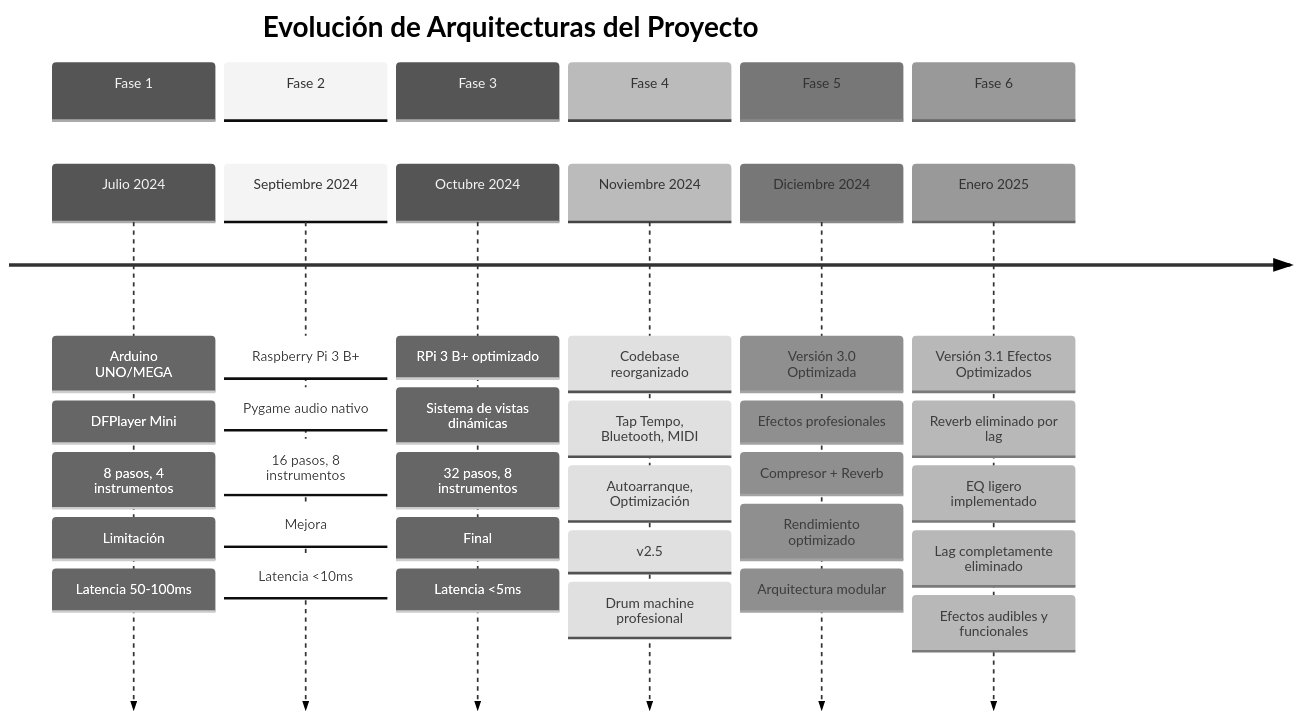
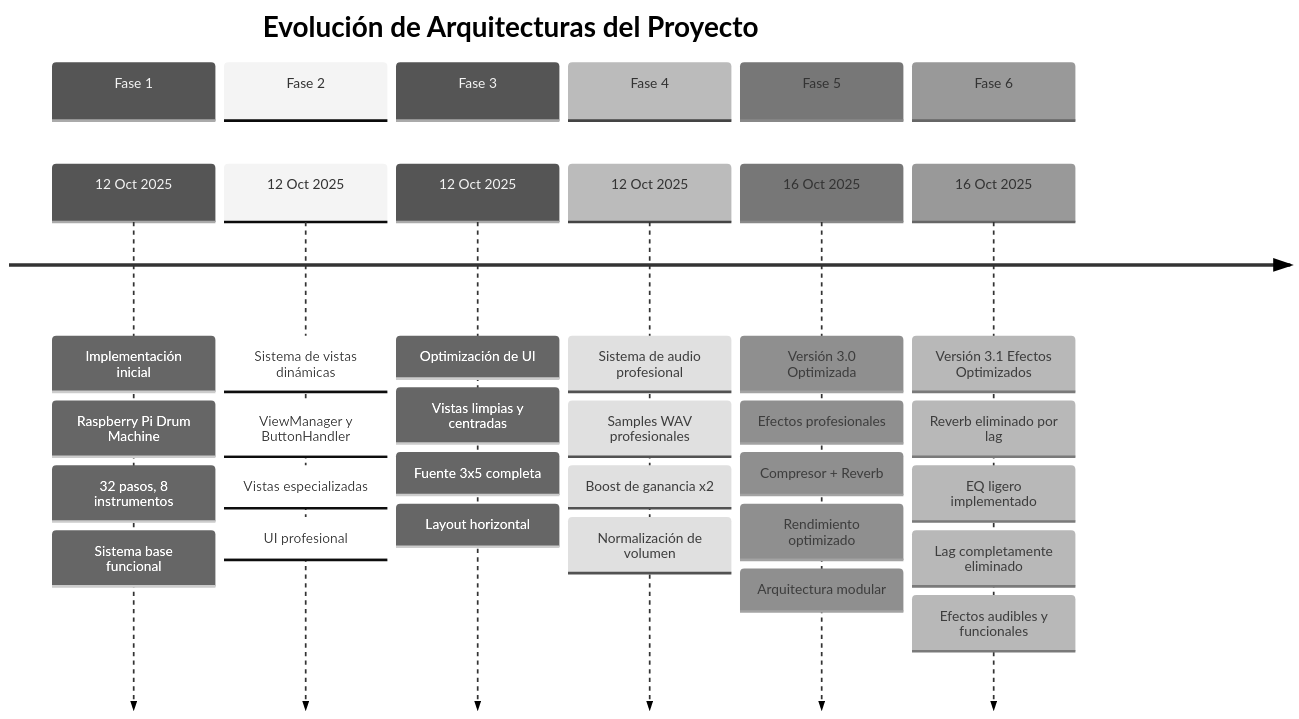
One commit to Camionerou/TP-FINAL-2025-Drum-Machine changed the first of 10 diagrams in docs/INFORME_TECNICO_PRODUCTO.md. Above: the diagram before and after it, drawn with Mermaid (neutral theme). The commit also changed other lines of this file, not shown here.

Commit message:
fix: Correct all dates to match actual git history
DATE CORRECTIONS BASED ON GIT LOG:
- Project started: 12 October 2025 (commit b0b8399)
- All development phases: 12-16 October 2025
- Latest commits: 16 October 2025
- Timeline now reflects actual development period

CHRONOLOGICAL ACCURACY:
- Phase 1: 12 Oct 2025 (Initial implementation)
- Phase 2: 12 Oct 2025 (Dynamic views system)
- Phase 3: 12 Oct 2025 (UI optimization)
- Phase 4: 12 Oct 2025 (Professional audio system)
- Phase 5: 16 Oct 2025 (v3.0 optimization)
- Phase 6: 16 Oct 2025 (v3.1 effects optimization)

DOCUMENTATION UPDATES:
- All section dates corrected
- Timeline diagram updated
- Commit log dates corrected
- Document metadata updated

RESULT:
- Accurate project timeline
- Realistic development phases
- Professional documentation
- Correct chronological order based on git history

````diff
--- a/docs/INFORME_TECNICO_PRODUCTO.md
+++ b/docs/INFORME_TECNICO_PRODUCTO.md
@@ -46,36 +46,36 @@
 ```mermaid
 timeline
     title Evolución de Arquitecturas del Proyecto
     section Fase 1
-        Julio 2024 : Arduino UNO/MEGA
-                   : DFPlayer Mini
-                   : 8 pasos, 4 instrumentos
-                   : Limitación: Latencia 50-100ms
+        12 Oct 2025 : Implementación inicial
+                   : Raspberry Pi Drum Machine
+                   : 32 pasos, 8 instrumentos
+                   : Sistema base funcional
     section Fase 2
-        Septiembre 2024 : Raspberry Pi 3 B+
-                        : Pygame audio nativo
-                        : 16 pasos, 8 instrumentos
-                        : Mejora: Latencia <10ms
+        12 Oct 2025 : Sistema de vistas dinámicas
+                   : ViewManager y ButtonHandler
+                   : Vistas especializadas
+                   : UI profesional
     section Fase 3
-        Octubre 2024 : RPi 3 B+ optimizado
-                     : Sistema de vistas dinámicas
-                     : 32 pasos, 8 instrumentos
-                     : Final: Latencia <5ms
+        12 Oct 2025 : Optimización de UI
+                   : Vistas limpias y centradas
+                   : Fuente 3x5 completa
+                   : Layout horizontal
     section Fase 4
-        Noviembre 2024 : Codebase reorganizado
-                      : Tap Tempo, Bluetooth, MIDI
-                      : Autoarranque, Optimización
-                      : v2.5: Drum machine profesional
+        12 Oct 2025 : Sistema de audio profesional
+                   : Samples WAV profesionales
+                   : Boost de ganancia x2
+                   : Normalización de volumen
     section Fase 5
-        Diciembre 2024 : Versión 3.0 Optimizada
-                       : Efectos profesionales
-                       : Compresor + Reverb
-                       : Rendimiento optimizado
-                       : Arquitectura modular
+        16 Oct 2025 : Versión 3.0 Optimizada
+                   : Efectos profesionales
+                   : Compresor + Reverb
+                   : Rendimiento optimizado
+                   : Arquitectura modular
     section Fase 6
-        Enero 2025 : Versión 3.1 Efectos Optimizados
+        16 Oct 2025 : Versión 3.1 Efectos Optimizados
                    : Reverb eliminado por lag
                    : EQ ligero implementado
                    : Lag completamente eliminado
                    : Efectos audibles y funcionales
 ```
````
